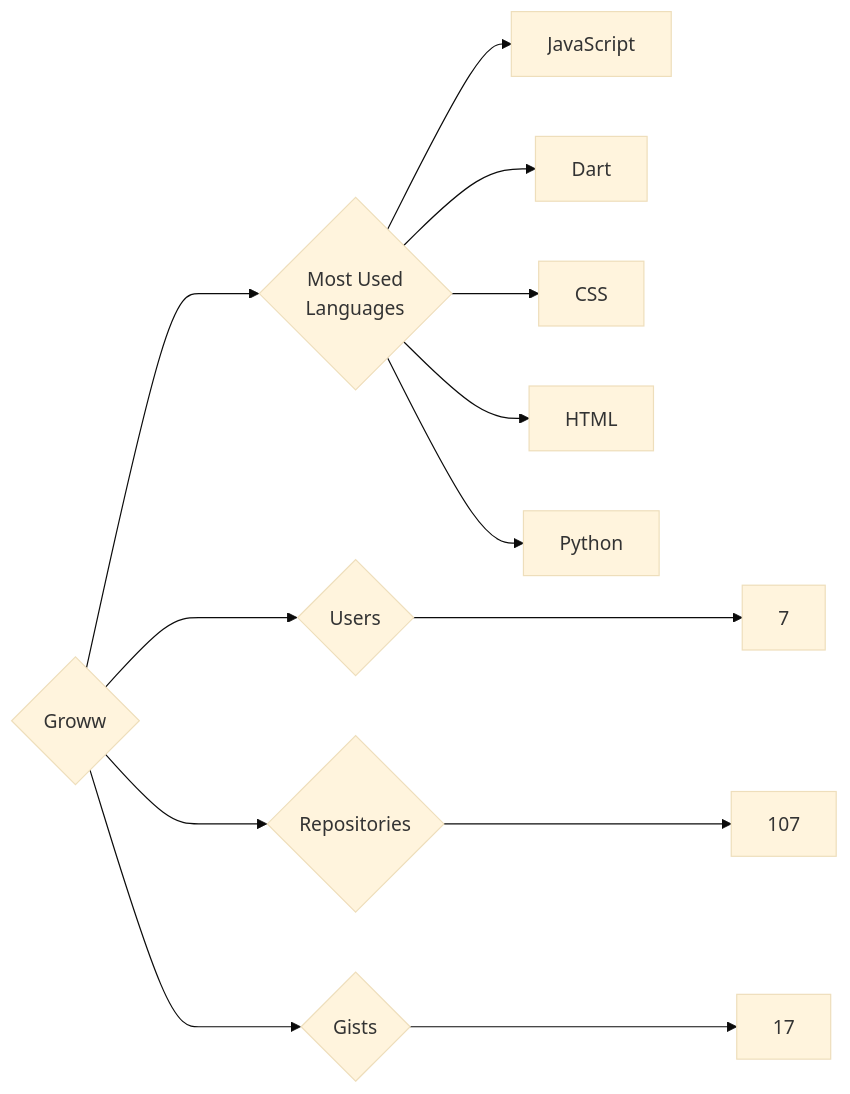
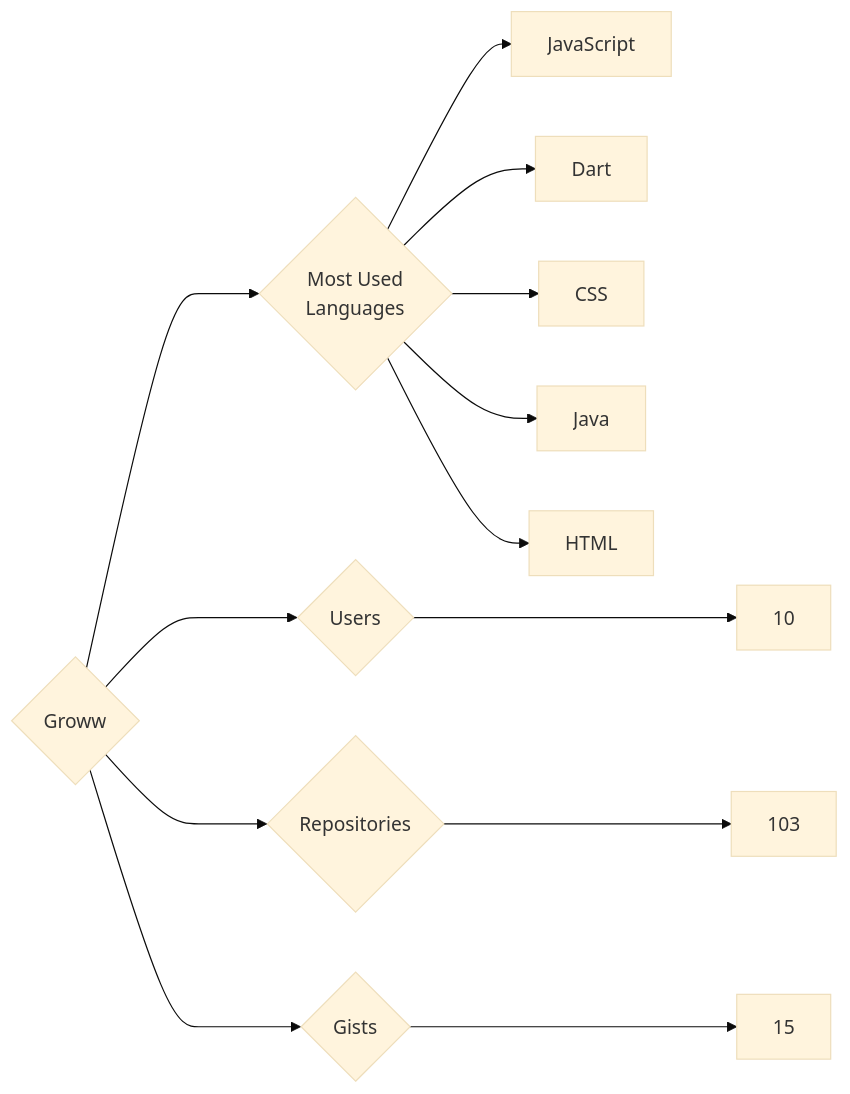
One commit to trickest/insiders changed the diagram in targets/Groww/README.md. Above: the diagram before and after it, drawn with Mermaid (base theme). The commit also changed 873 other files, not shown here.

````diff
--- a/targets/Groww/README.md
+++ b/targets/Groww/README.md
@@ -3,13 +3,13 @@
 ```mermaid
 graph LR
 COMPANY_NAME{Groww}
-COMPANY_NAME ---> U{Users} ---> UN[7]
-COMPANY_NAME ---> R{Repositories} ---> RN[107]
-COMPANY_NAME ---> G{Gists} ---> GN[17]
+COMPANY_NAME ---> U{Users} ---> UN[10]
+COMPANY_NAME ---> R{Repositories} ---> RN[103]
+COMPANY_NAME ---> G{Gists} ---> GN[15]
 COMPANY_NAME ---> ML{Most Used<br>Languages}
 ML --> JavaScript[JavaScript]
 ML --> Dart[Dart]
 ML --> CSS[CSS]
+ML --> Java[Java]
 ML --> HTML[HTML]
-ML --> Python[Python]
 ```
````
